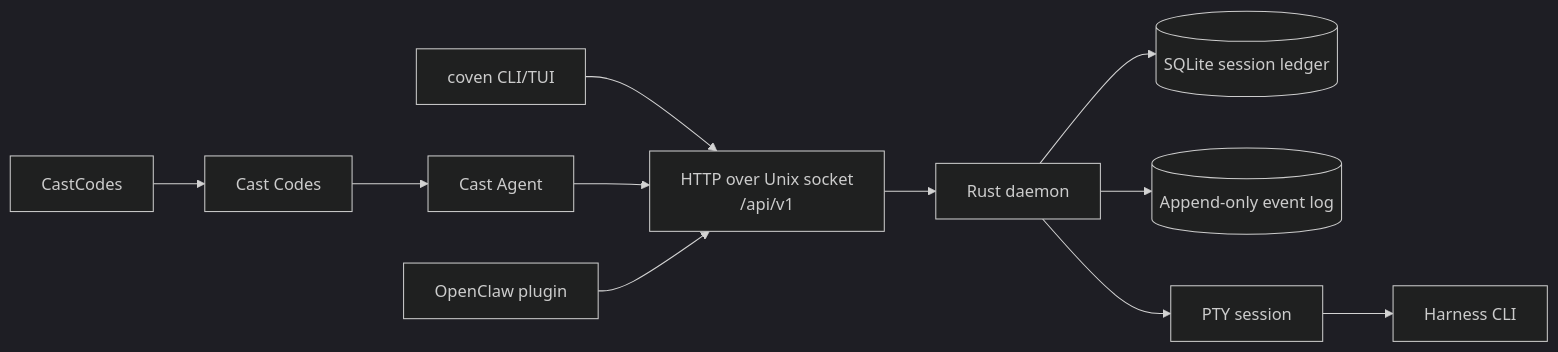
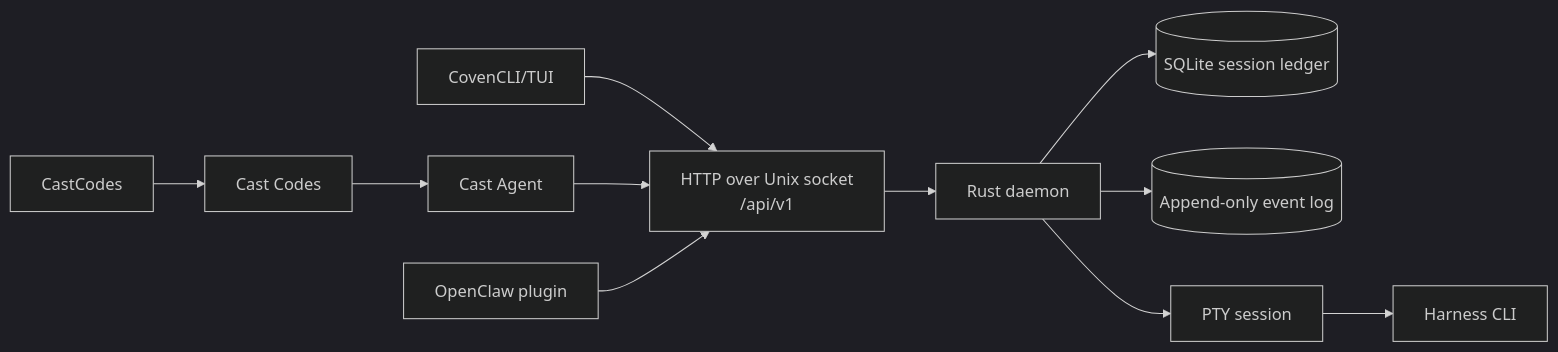
The second of 9 diagrams in content/docs/reference/migration-map.mdx (OpenCoven/coven-docs), drawn with Mermaid (dark theme) before and after one commit. The commit also changed 12 other files, not shown here.

First line of the commit message:
docs: modernize tables, expand Glossolalia map, finish CovenCLI rebrand

````diff
--- a/content/docs/reference/migration-map.mdx
+++ b/content/docs/reference/migration-map.mdx
@@ -256,23 +256,23 @@
 ```mermaid
 flowchart LR
-  CLI["coven CLI/TUI"]
+  CLI["CovenCLI/TUI"]
   CastCodes["CastCodes"]
   CastAgent["Cast Agent"]
   Codes["Cast Codes"]
   Plugin["OpenClaw plugin"]
   Socket["HTTP over Unix socket\n/api/v1"]
   Daemon["Rust daemon"]
   Store[("SQLite session ledger")]
   Log[("Append-only event log")]
   Pty["PTY session"]
   Harness["Harness CLI"]
 
   CLI --> Socket
   CastCodes --> Codes --> CastAgent
   CastAgent --> Socket
   Plugin --> Socket
   Socket --> Daemon
   Daemon --> Store
   Daemon --> Log
   Daemon --> Pty --> Harness
 ```
````
